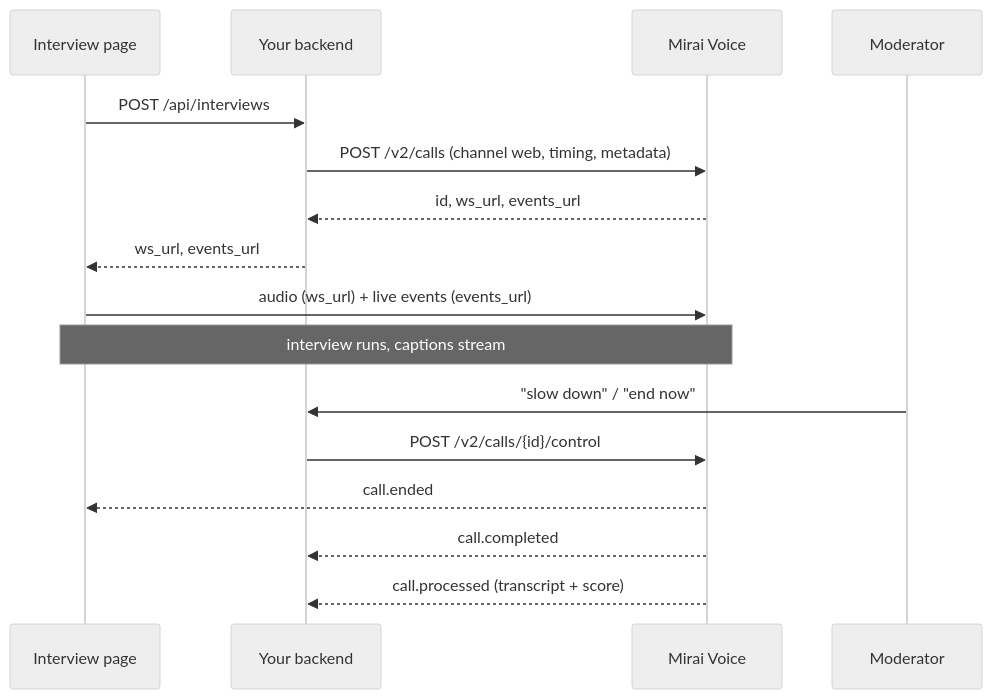
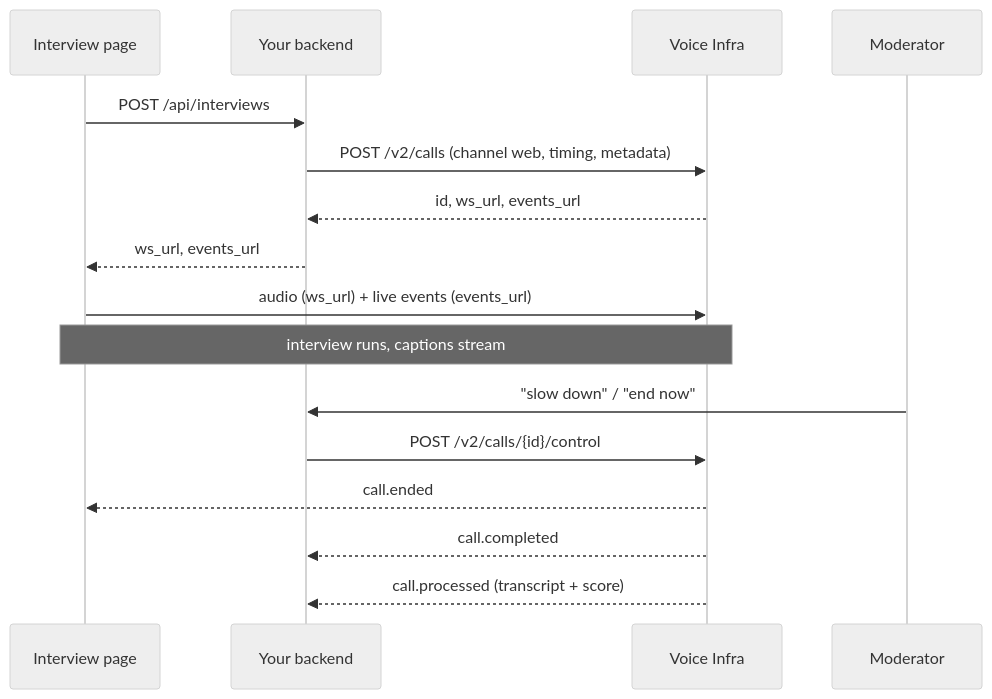
One commit to MiraiMinds/docs changed the diagram in cookbooks/browser-voice-interviews.mdx. Above: the diagram before and after it, drawn with Mermaid (neutral theme). The commit also changed 14 other files, not shown here.

````diff
--- a/cookbooks/browser-voice-interviews.mdx
+++ b/cookbooks/browser-voice-interviews.mdx
@@ -39,19 +39,19 @@
 ```mermaid
 sequenceDiagram
     participant Page as Interview page
     participant App as Your backend
-    participant Mirai as Mirai Voice
+    participant Mirai as Voice Infra
     participant Mod as Moderator
 
     Page->>App: POST /api/interviews
     App->>Mirai: POST /v2/calls (channel web, timing, metadata)
     Mirai-->>App: id, ws_url, events_url
     App-->>Page: ws_url, events_url
     Page->>Mirai: audio (ws_url) + live events (events_url)
     Note over Page,Mirai: interview runs, captions stream
     Mod->>App: "slow down" / "end now"
     App->>Mirai: POST /v2/calls/{id}/control
     Mirai-->>Page: call.ended
     Mirai-->>App: call.completed
     Mirai-->>App: call.processed (transcript + score)
 ```
````
